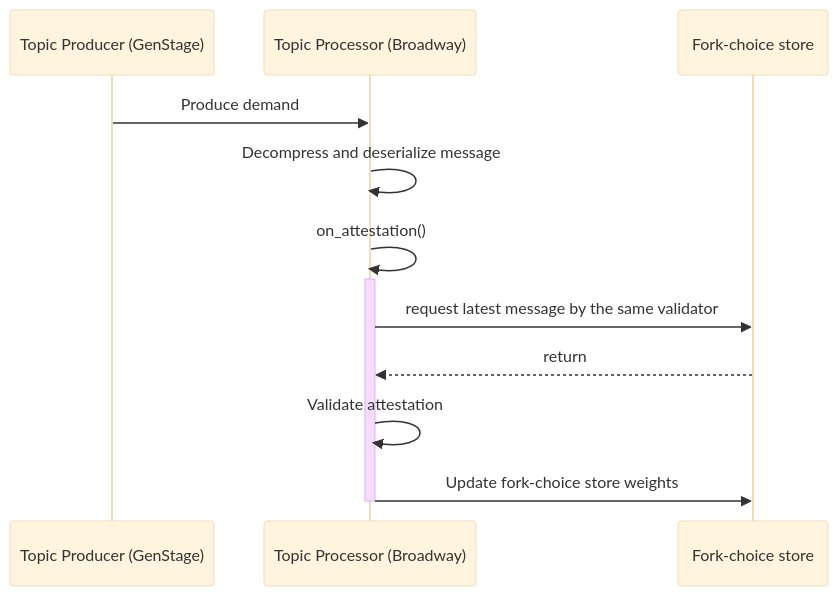
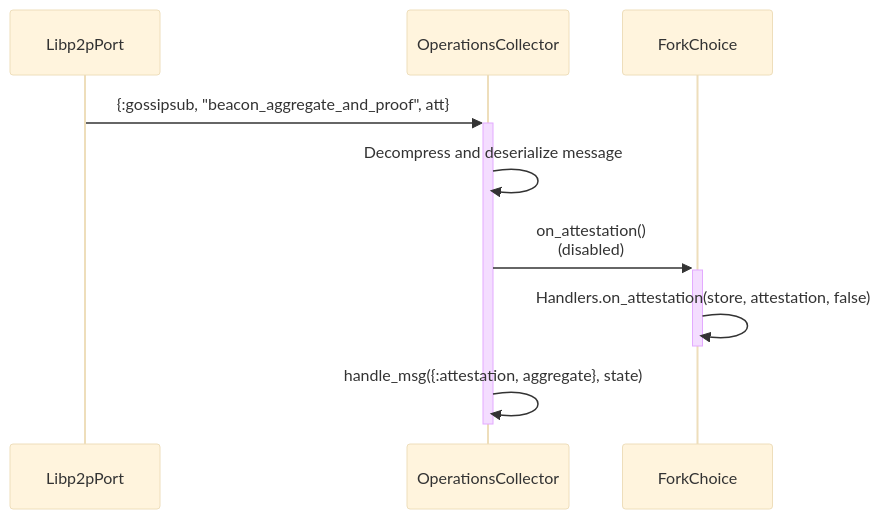
The fourth of 5 diagrams in docs/architecture.md (lambdaclass/lambda_ethereum_consensus), drawn with Mermaid (base theme) before and after one commit. The commit also changed other lines of this file, not shown here.

Commit message:
update attestation processing

````diff
--- a/docs/architecture.md
+++ b/docs/architecture.md
@@ -189,14 +191,14 @@
 ```mermaid
 sequenceDiagram
-    participant prod as Topic Producer (GenStage)
-    participant proc as Topic Processor (Broadway)
-    participant FC as Fork-choice store
+    participant p2p as Libp2pPort
+    participant ops as OperationsCollector
+    participant fc as ForkChoice
 
-    prod ->> proc: Produce demand
-    proc ->> proc: Decompress and deserialize message
-    proc ->>+ proc: on_attestation()
-    proc ->> FC: request latest message by the same validator
-    FC -->> proc: return
-    proc ->> proc: Validate attestation
-    proc ->>- FC: Update fork-choice store weights
+    p2p ->>+ ops: {:gossipsub, "beacon_aggregate_and_proof", att}
+    ops ->> ops: Decompress and deserialize message
+    ops ->>+ fc: on_attestation() <br> (disabled)
+    fc ->>- fc: Handlers.on_attestation(store, attestation, false)
+    ops ->>- ops: handle_msg({:attestation, aggregate}, state)
+
+
 ```
````
